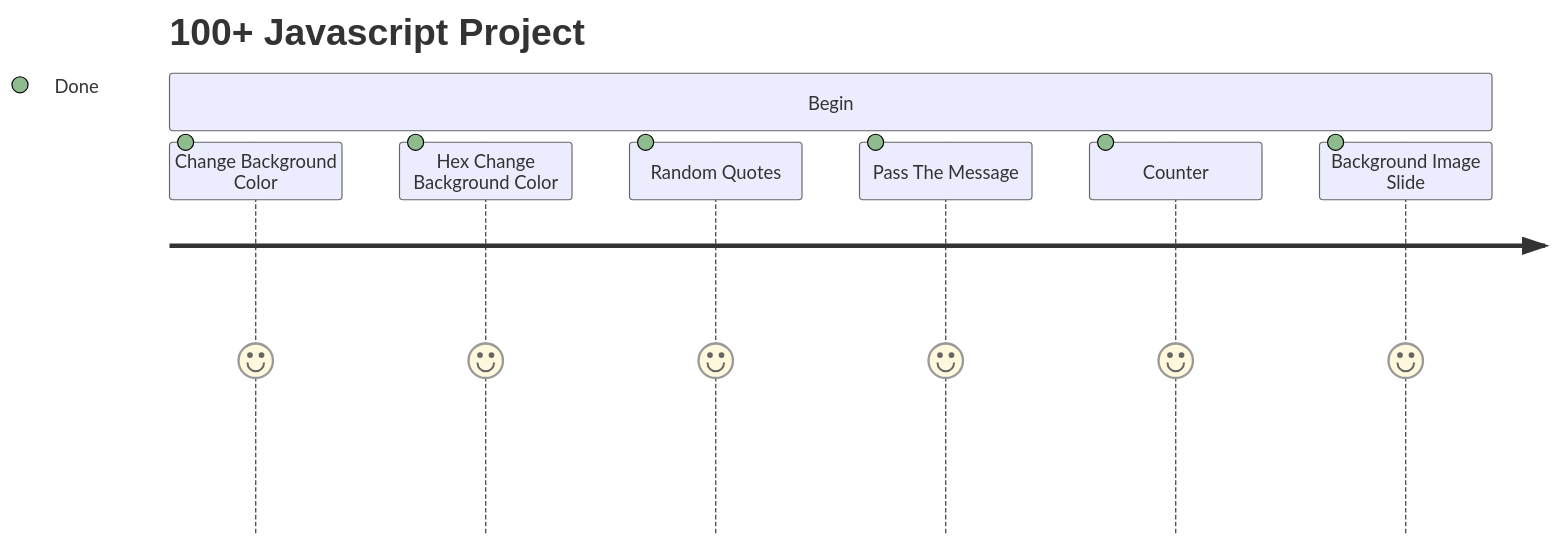
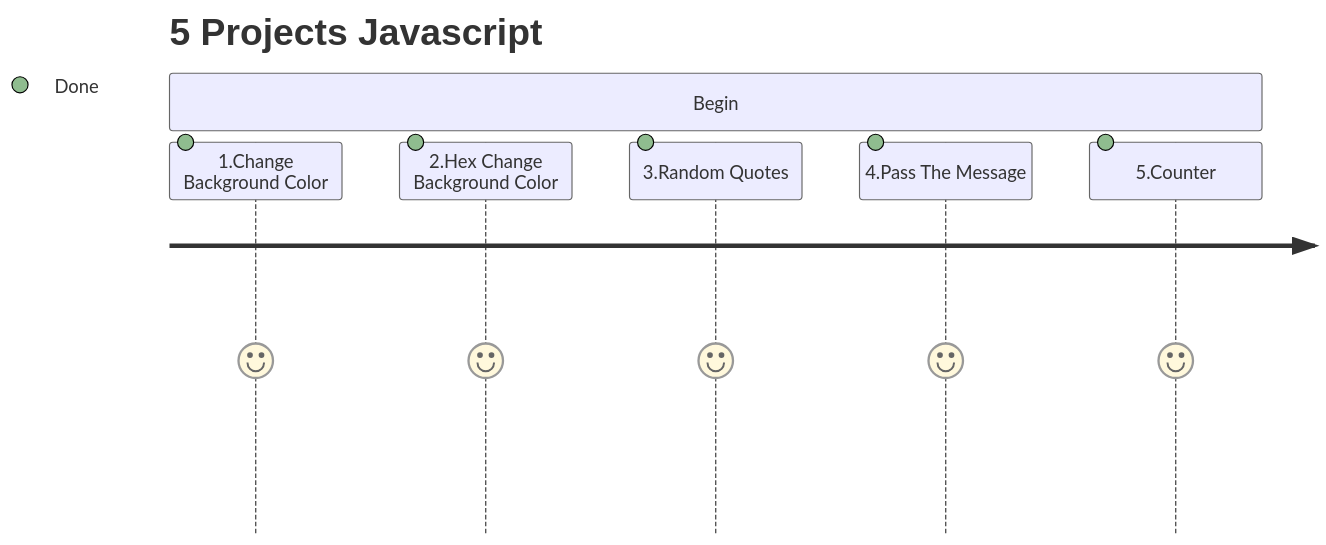
Before and after one commit to nguyenquangos0302/practice-100-more-javascript-project: the first of 2 diagrams in README.md, drawn with Mermaid. The commit also changed other lines of this file and 15 other files, not shown here.

````diff
--- a/README.md
+++ b/README.md
@@ -1,11 +2,10 @@
 ```mermaid
 journey
-    title 100+ Javascript Project
+    title 5 Projects Javascript
     section Begin
-      Change Background Color: 5: Done
-      Hex Change Background Color: 5: Done
-      Random Quotes: 5: Done
-      Pass The Message: 5: Done
-      Counter: 5: Done
-      Background Image Slide: 5: Done
+      1.Change Background Color: 5: Done
+      2.Hex Change Background Color: 5: Done
+      3.Random Quotes: 5: Done
+      4.Pass The Message: 5: Done
+      5.Counter: 5: Done
 ```
````
